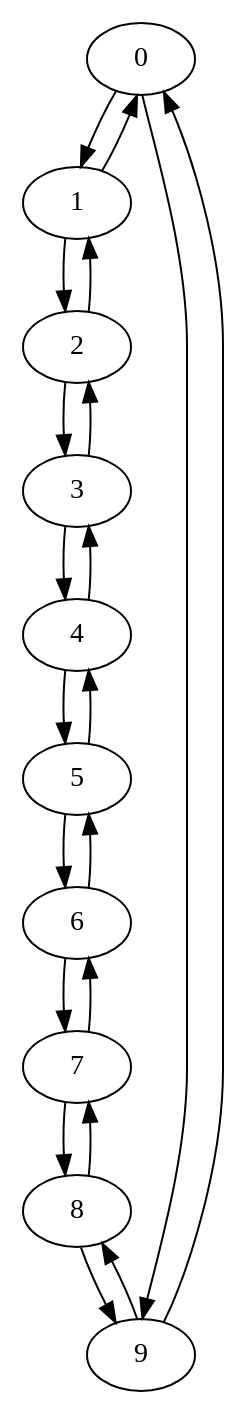
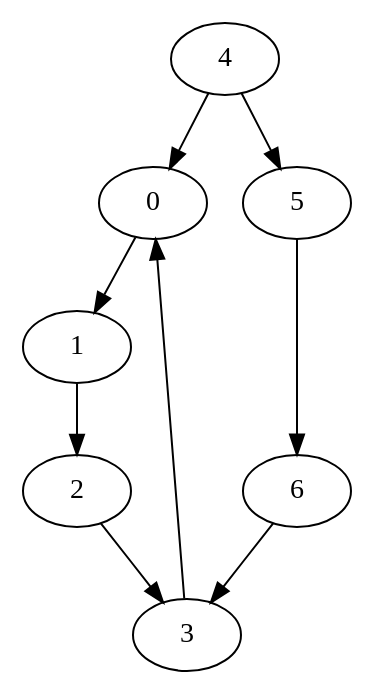
The diagram in Reachability-diameter/theInputGraph.gv (nitishcseiit/code), drawn with Graphviz before and after one commit. The commit also changed 16 other files, not shown here.

```diff
--- a/Reachability-diameter/theInputGraph.gv
+++ b/Reachability-diameter/theInputGraph.gv
@@ -1,22 +1,10 @@
 digraph G1 {
 0 -> 1;
 1 -> 2;
 2 -> 3;
-3 -> 4;
+3 -> 0;
+4 -> 0;
+5 -> 6;
+6 -> 3;
 4 -> 5;
-5 -> 6;
-6 -> 7;
-7 -> 8;
-8 -> 9;
-0 -> 9;
-9 -> 0;
-9 -> 8;
-8 -> 7;
-7 -> 6;
-6 -> 5;
-5 -> 4;
-4 -> 3;
-3 -> 2;
-2 -> 1;
-1 -> 0;
 }
```
